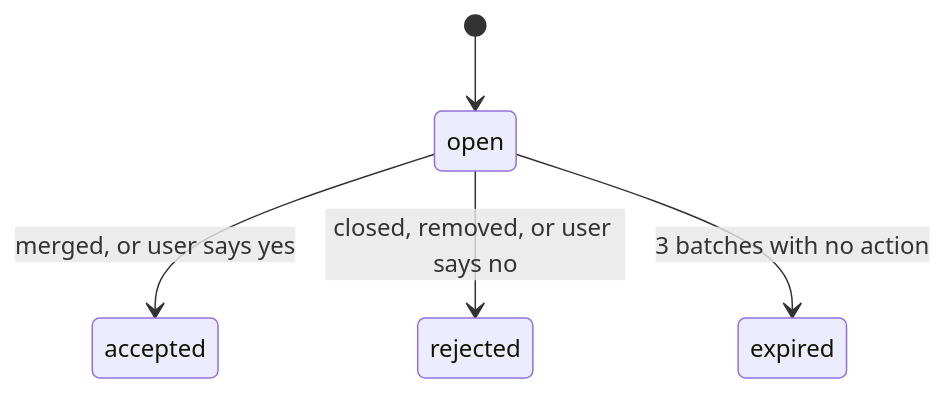
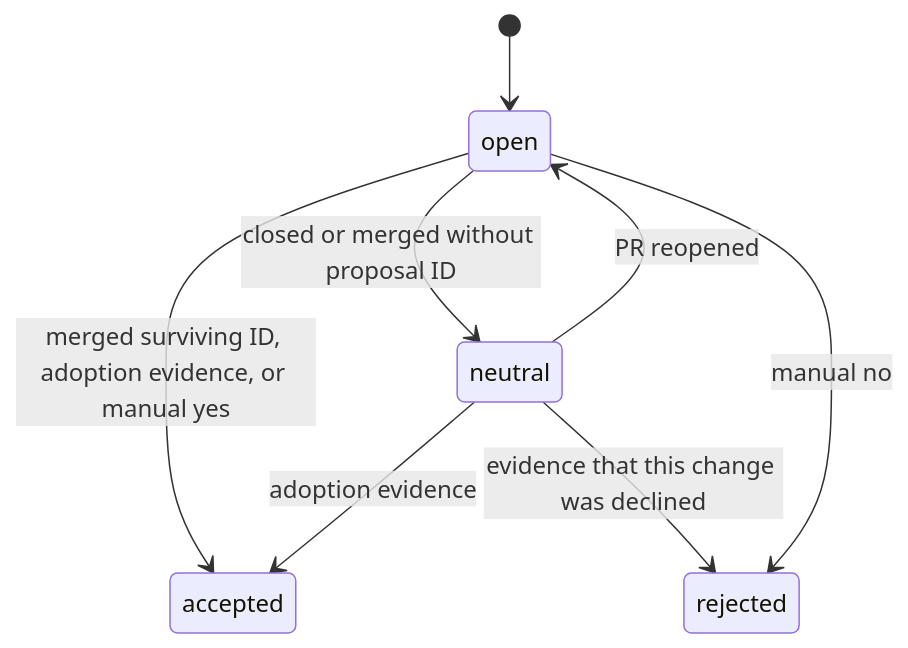
Before and after one commit to ac8318740/agentic-retro: the second of 2 diagrams in README.md, drawn with Mermaid. The commit also changed other lines of this file and 22 other files, not shown here.

First line of the commit message:
fix: infer proposal outcomes without penalizing silence

````diff
--- a/README.md
+++ b/README.md
@@ -31,7 +31,10 @@
 ```mermaid
 stateDiagram-v2
     [*] --> open
-    open --> accepted: merged, or user says yes
-    open --> rejected: closed, removed, or user says no
-    open --> expired: 3 batches with no action
+    open --> accepted: merged surviving ID, adoption evidence, or manual yes
+    open --> neutral: closed or merged without proposal ID
+    neutral --> accepted: adoption evidence
+    neutral --> rejected: evidence that this change was declined
+    neutral --> open: PR reopened
+    open --> rejected: manual no
 ```
````
